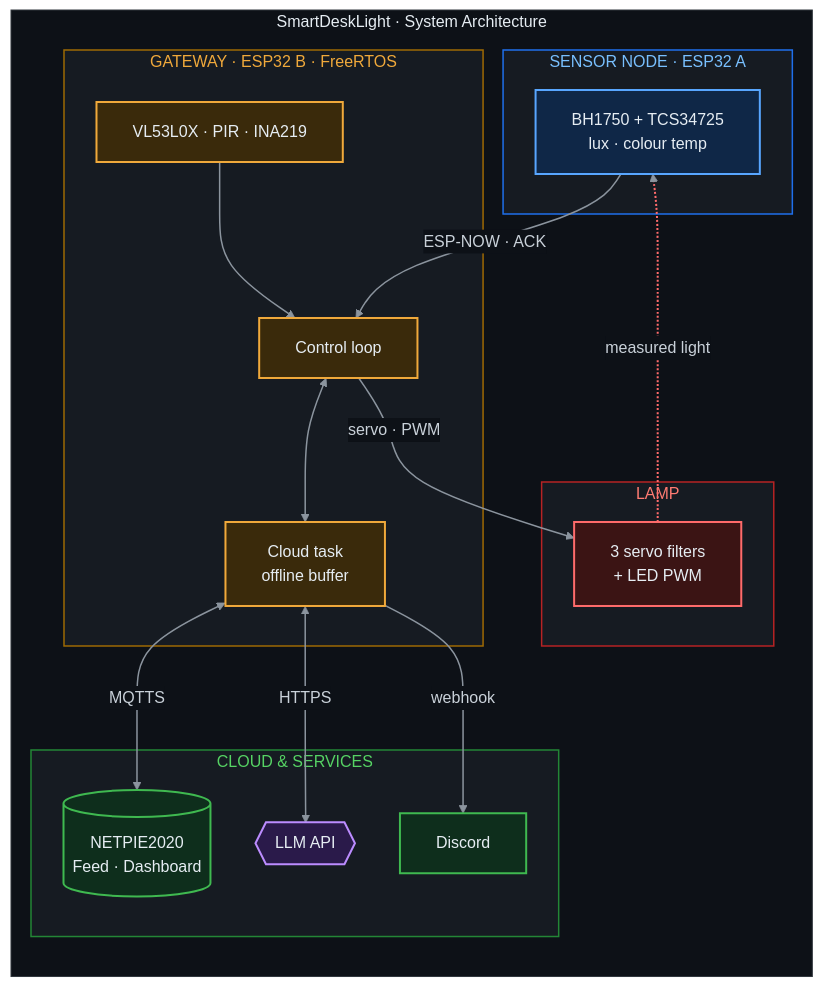
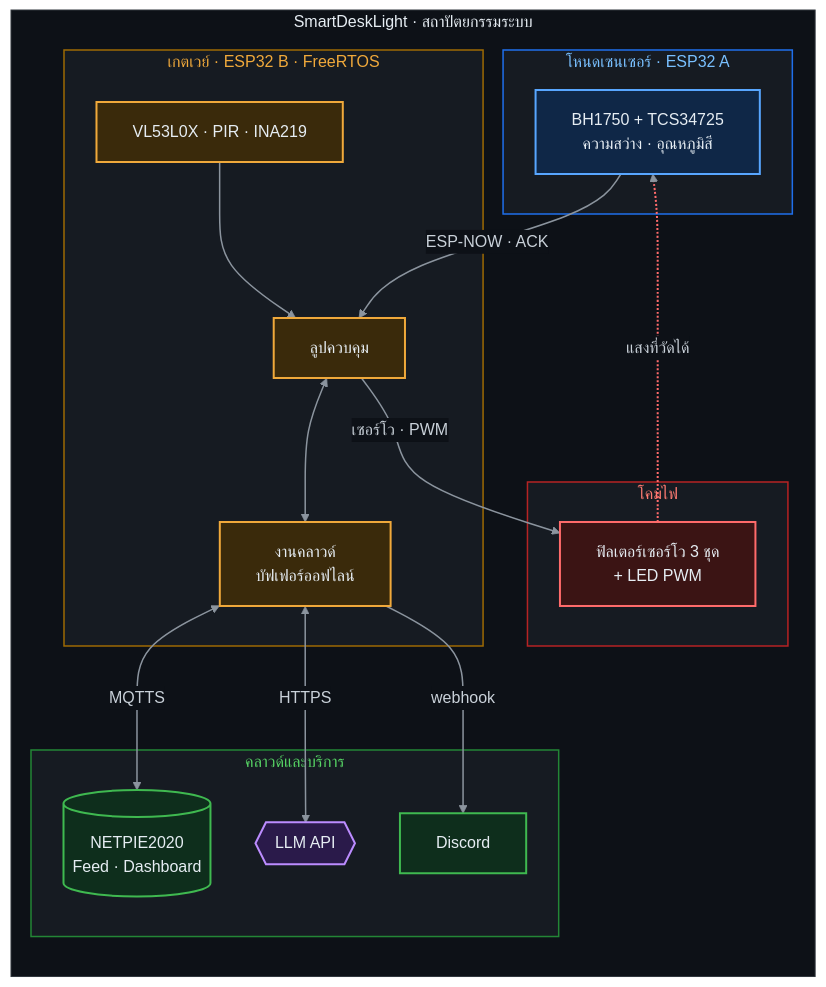
The first of 2 diagrams in README.md (E3-Embed/SmartDeskLight), drawn with Mermaid before and after one commit. The commit also changed other lines of this file and 1 other file, not shown here.

````diff
--- a/README.md
+++ b/README.md
@@ -26,56 +24,56 @@
 ```mermaid
 %%{init: {"theme": "base", "themeVariables": {"background": "#0D1117", "primaryTextColor": "#E6EDF3", "textColor": "#C9D1D9", "lineColor": "#8B949E", "edgeLabelBackground": "#0D1117", "clusterBkg": "#161B22", "clusterBorder": "#30363D", "titleColor": "#E6EDF3"}, "flowchart": {"curve": "basis", "padding": 18, "nodeSpacing": 45, "rankSpacing": 55}}}%%
 flowchart TB
-  subgraph SYS["SmartDeskLight · System Architecture"]
+  subgraph SYS["SmartDeskLight · สถาปัตยกรรมระบบ"]
     direction TB
 
-    subgraph NODE["SENSOR NODE · ESP32 A"]
-      S["BH1750 + TCS34725<br/>lux · colour temp"]
+    subgraph NODE["โหนดเซนเซอร์ · ESP32 A"]
+      S["BH1750 + TCS34725<br/>ความสว่าง · อุณหภูมิสี"]
     end
 
-    subgraph GW["GATEWAY · ESP32 B · FreeRTOS"]
+    subgraph GW["เกตเวย์ · ESP32 B · FreeRTOS"]
       G1["VL53L0X · PIR · INA219"]
-      G2["Control loop"]
-      G3["Cloud task<br/>offline buffer"]
+      G2["ลูปควบคุม"]
+      G3["งานคลาวด์<br/>บัฟเฟอร์ออฟไลน์"]
     end
 
-    subgraph LAMP["LAMP"]
-      L["3 servo filters<br/>+ LED PWM"]
+    subgraph LAMP["โคมไฟ"]
+      L["ฟิลเตอร์เซอร์โว 3 ชุด<br/>+ LED PWM"]
     end
 
-    subgraph CLOUD["CLOUD & SERVICES"]
+    subgraph CLOUD["คลาวด์และบริการ"]
       N[("NETPIE2020<br/>Feed · Dashboard")]
       A{{"LLM API"}}
       D["Discord"]
     end
   end
 
   S -->|"ESP-NOW · ACK"| G2
   G1 --> G2
-  G2 -->|"servo · PWM"| L
-  L -.->|"measured light"| S
+  G2 -->|"เซอร์โว · PWM"| L
+  L -.->|"แสงที่วัดได้"| S
   G2 <--> G3
   G3 <-->|"MQTTS"| N
   G3 <-->|"HTTPS"| A
   G3 -->|"webhook"| D
 
   classDef sense fill:#0F2747,stroke:#58A6FF,stroke-width:2px,color:#E6EDF3
   classDef edge fill:#3A2A0B,stroke:#F0A93B,stroke-width:2px,color:#E6EDF3
   classDef act fill:#3B1414,stroke:#FF6B6B,stroke-width:2px,color:#E6EDF3
   classDef cloud fill:#0E2E1C,stroke:#3FB950,stroke-width:2px,color:#E6EDF3
   classDef ai fill:#2A1A4A,stroke:#BC8CFF,stroke-width:2px,color:#E6EDF3
   class S sense
   class G1,G2,G3 edge
   class L act
   class N,D cloud
   class A ai
 
   style SYS fill:#0D1117,stroke:#30363D,stroke-width:1px,color:#E6EDF3
   style NODE fill:#161B22,stroke:#1F6FEB,stroke-width:1.5px,color:#79C0FF
   style GW fill:#161B22,stroke:#9E6A03,stroke-width:1.5px,color:#F0A93B
   style LAMP fill:#161B22,stroke:#B62324,stroke-width:1.5px,color:#FF7B72
   style CLOUD fill:#161B22,stroke:#238636,stroke-width:1.5px,color:#56D364
 
   linkStyle default stroke:#8B949E,stroke-width:1.5px,color:#C9D1D9
   linkStyle 3 stroke:#FF6B6B,stroke-width:2px
 ```
````
